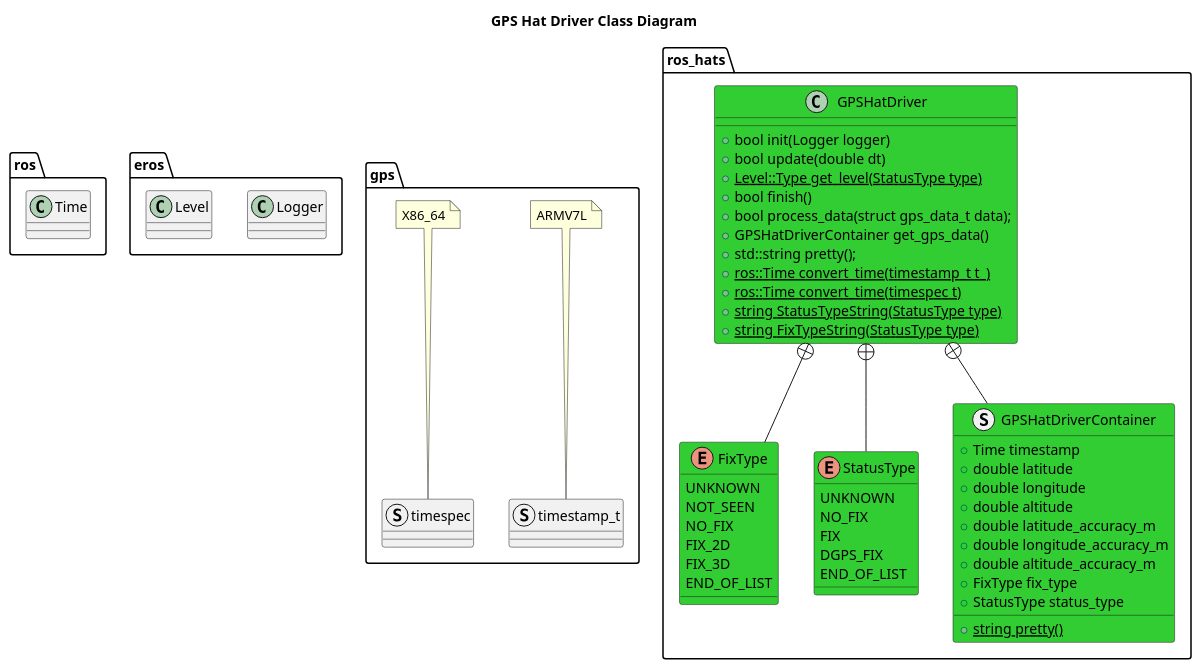
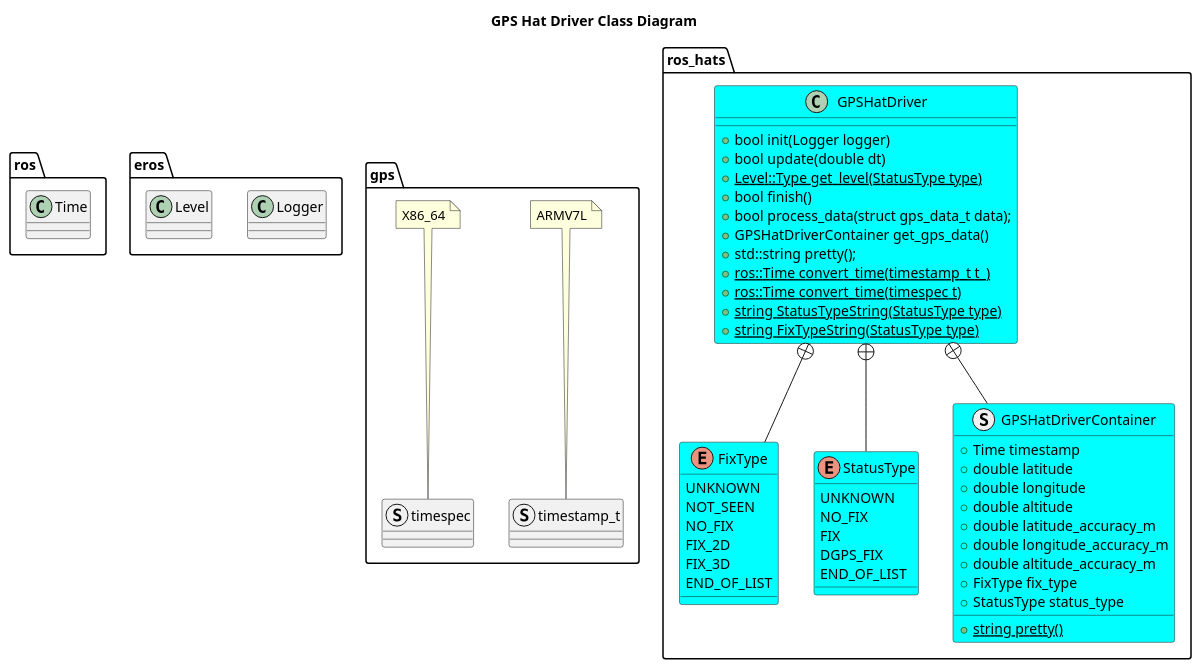
The diagram in nodes/GPSHatNode/driver/GPSHatDriver/doc/GPSHatDriverClassDiagram.puml (dgitz/ros_hats), drawn with PlantUML before and after one commit. The commit also changed 62 other files, not shown here.

```diff
--- a/nodes/GPSHatNode/driver/GPSHatDriver/doc/GPSHatDriverClassDiagram.puml
+++ b/nodes/GPSHatNode/driver/GPSHatDriver/doc/GPSHatDriverClassDiagram.puml
@@ -1,66 +1,66 @@
 @startuml
 title GPS Hat Driver Class Diagram
 namespace ros {
     class Time
 }
 namespace eros {
     class Logger
     class Level
 }
 package gps {
     struct timestamp_t
     struct timespec
 note top of timestamp_t 
     ARMV7L
 end note
 note top of timespec 
     X86_64
 end note
 }
 
 namespace ros_hats {
-    class GPSHatDriver #LimeGreen {
+    class GPSHatDriver #Cyan {
         +bool init(Logger logger)
         +bool update(double dt)
         +{static} Level::Type get_level(StatusType type)
         +bool finish()
         +bool process_data(struct gps_data_t data);
         +GPSHatDriverContainer get_gps_data()
         +std::string pretty();
         +{static} ros::Time convert_time(timestamp_t t_)
         +{static} ros::Time convert_time(timespec t)
         +{static} string StatusTypeString(StatusType type)
         +{static} string FixTypeString(StatusType type)
     }
-    enum FixType #LimeGreen {
+    enum FixType #Cyan {
         UNKNOWN
         NOT_SEEN
         NO_FIX
         FIX_2D
         FIX_3D
         END_OF_LIST
     }
-    enum StatusType #LimeGreen {
+    enum StatusType #Cyan {
         UNKNOWN
         NO_FIX
         FIX
         DGPS_FIX
         END_OF_LIST
     }
-    struct GPSHatDriverContainer #LimeGreen {
+    struct GPSHatDriverContainer #Cyan {
         +Time timestamp
         +double latitude
         +double longitude
         +double altitude
         +double latitude_accuracy_m
         +double longitude_accuracy_m
         +double altitude_accuracy_m
         +FixType fix_type
         +StatusType status_type
         +{static}string pretty()
     }
     GPSHatDriver +-- FixType
     GPSHatDriver +-- StatusType
     GPSHatDriver +-- GPSHatDriverContainer
 }
 @enduml
```
